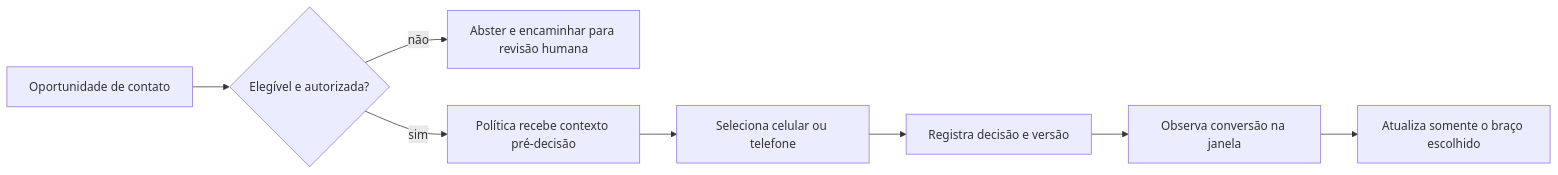
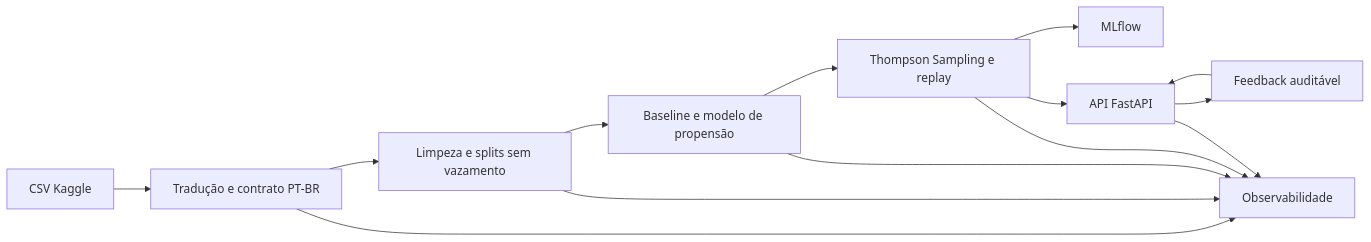
One commit to VehGarciiah/datathon-7mlet-grupo-80 changed the first of 2 diagrams in README.md. Above: the diagram before and after it, drawn with Mermaid. The commit also changed other lines of this file and 123 other files, not shown here.

````diff
--- a/README.md
+++ b/README.md
@@ -36,10 +75,16 @@
 ```mermaid
 flowchart LR
-    A[Oportunidade de contato] --> B{Elegível e autorizada?}
-    B -- não --> C[Abster e encaminhar para revisão humana]
-    B -- sim --> D[Política recebe contexto pré-decisão]
-    D --> E[Seleciona celular ou telefone]
-    E --> F[Registra decisão e versão]
-    F --> G[Observa conversão na janela]
-    G --> H[Atualiza somente o braço escolhido]
+    A[CSV Kaggle] --> B[Tradução e contrato PT-BR]
+    B --> C[Limpeza e splits sem vazamento]
+    C --> D[Baseline e modelo de propensão]
+    D --> E[Thompson Sampling e replay]
+    E --> F[MLflow]
+    E --> G[API FastAPI]
+    G --> H[Feedback auditável]
+    H --> G
+    B --> I[Observabilidade]
+    C --> I
+    D --> I
+    E --> I
+    G --> I
 ```
````
